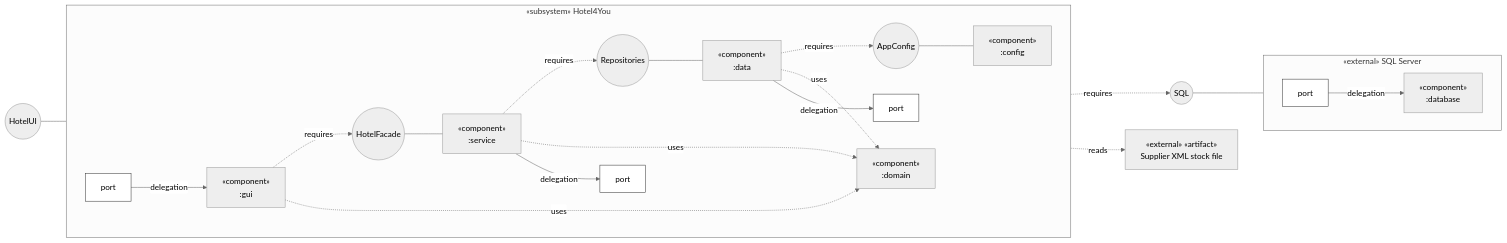
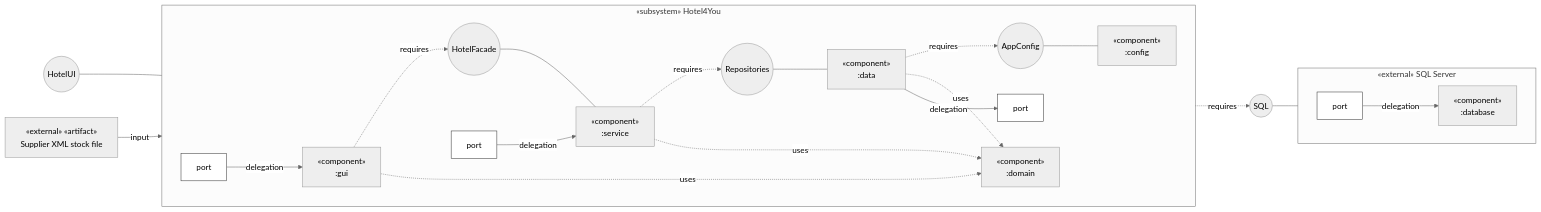
Before and after one commit to BorjaTiago/hotel4you: the diagram in docs/uml/component-diagram.md, drawn with Mermaid. The commit also changed other lines of this file and 1 other file, not shown here.

First line of the commit message:
H4Y-9 draw component diagram from input to output

````diff
--- a/docs/uml/component-diagram.md
+++ b/docs/uml/component-diagram.md
@@ -24,47 +29,47 @@
 ```mermaid
 %%{init: {"theme":"neutral","fontFamily":"Arial"}}%%
 flowchart LR
     UI(("HotelUI"))
+    XML["«external» «artifact»<br/>Supplier XML stock file"]
     subgraph H4Y["«subsystem» Hotel4You"]
         direction LR
         PUI["port"]
+        PXML["port"]
         GUI["«component»<br/>:gui"]
         FAC(("HotelFacade"))
         SVC["«component»<br/>:service"]
         DOM["«component»<br/>:domain"]
         REPO(("Repositories"))
         DATA["«component»<br/>:data"]
         CFGI(("AppConfig"))
         CFG["«component»<br/>:config"]
         PDB["port"]
-        PXML["port"]
     end
     SQLI(("SQL"))
     subgraph DBS["«external» SQL Server"]
         direction LR
         PSQL["port"]
         DBE["«component»<br/>:database"]
     end
-    XML["«external» «artifact»<br/>Supplier XML stock file"]
 
     UI --- PUI
     PUI -->|delegation| GUI
     GUI -.->|requires| FAC
     FAC --- SVC
     SVC -.->|requires| REPO
     REPO --- DATA
     DATA -.->|requires| CFGI
     CFGI --- CFG
     SVC -.->|uses| DOM
     GUI -.->|uses| DOM
     DATA -.->|uses| DOM
     DATA -->|delegation| PDB
     PDB -.->|requires| SQLI
     SQLI --- PSQL
     PSQL -->|delegation| DBE
-    SVC -->|delegation| PXML
-    PXML -.->|reads| XML
+    XML -->|input| PXML
+    PXML -->|delegation| SVC
 
     classDef port fill:#fff,stroke:#333,stroke-width:1px
     class PUI,PDB,PXML,PSQL port
 ```
````
